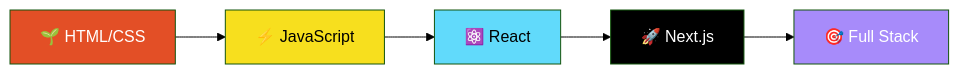
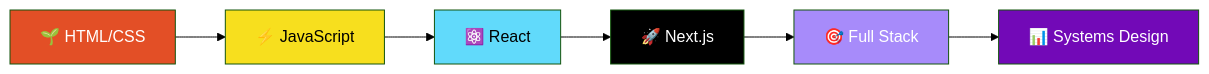
Before and after one commit to ibraiiian/ibraiiian: the diagram in README.md, drawn with Mermaid (forest theme). The commit also changed other lines of this file, not shown here.

Commit message:
Update: Modern & Interactive README with GitHub Stats, Skill Metrics, and Enhanced Visual Design

````diff
--- a/README.md
+++ b/README.md
@@ -144,13 +199,15 @@
 ```mermaid
 graph LR
     A[🌱 HTML/CSS] --> B[⚡ JavaScript]
     B --> C[⚛️ React]
     C --> D[🚀 Next.js]
     D --> E[🎯 Full Stack]
+    E --> F[📊 Systems Design]
     
     style A fill:#E34F26,color:#fff
     style B fill:#F7DF1E,color:#000
     style C fill:#61DAFB,color:#000
     style D fill:#000,color:#fff
     style E fill:#A78BFA,color:#fff
+    style F fill:#7209B7,color:#fff
 ```
````
